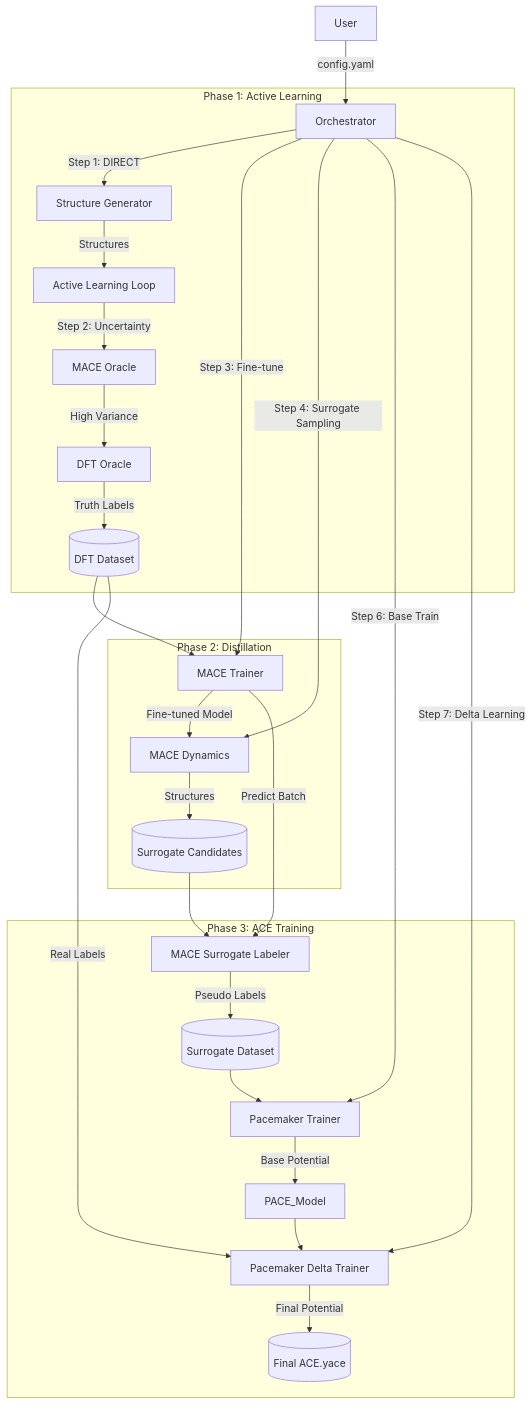
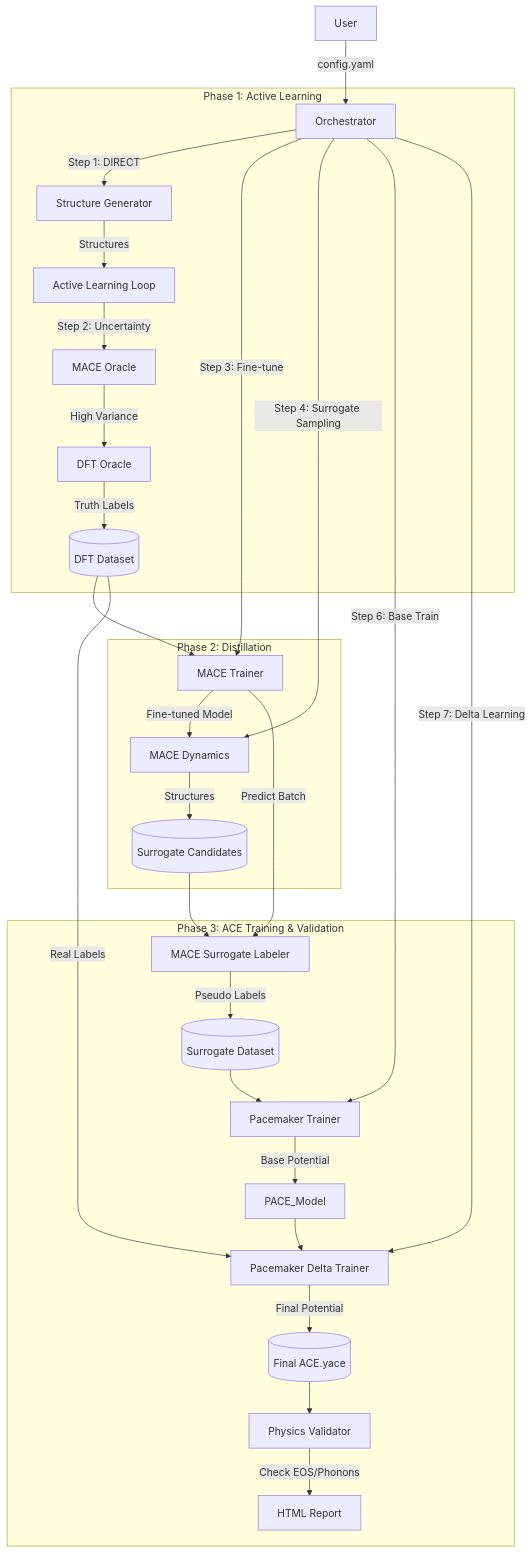
The diagram in README.md (tsuyama1990/mlip_pipeline), drawn with Mermaid before and after one commit. The commit also changed other lines of this file and 18 other files, not shown here.

First line of the commit message:
feat: Cycle 06 Physics Validation, Reporting and UAT

````diff
--- a/README.md
+++ b/README.md
@@ -33,35 +34,38 @@
 ```mermaid
 graph TD
     User[User] -->|config.yaml| Orch[Orchestrator]
 
     subgraph "Phase 1: Active Learning"
         Orch -->|Step 1: DIRECT| Gen[Structure Generator]
         Gen -->|Structures| AL[Active Learning Loop]
         AL -->|Step 2: Uncertainty| MACE_O[MACE Oracle]
         MACE_O -->|High Variance| DFT[DFT Oracle]
         DFT -->|Truth Labels| DB[(DFT Dataset)]
     end
 
     subgraph "Phase 2: Distillation"
         Orch -->|Step 3: Fine-tune| MACE_T[MACE Trainer]
         DB --> MACE_T
         MACE_T -->|Fine-tuned Model| MACE_MD[MACE Dynamics]
         Orch -->|Step 4: Surrogate Sampling| MACE_MD
         MACE_MD -->|Structures| S_Unlabeled[(Surrogate Candidates)]
     end
 
-    subgraph "Phase 3: ACE Training"
+    subgraph "Phase 3: ACE Training & Validation"
         S_Unlabeled --> Label[MACE Surrogate Labeler]
         MACE_T -->|Predict Batch| Label
         Label -->|Pseudo Labels| S_DB[(Surrogate Dataset)]
 
         Orch -->|Step 6: Base Train| PACE_T[Pacemaker Trainer]
         S_DB --> PACE_T
         PACE_T -->|Base Potential| PACE_Model
 
         Orch -->|Step 7: Delta Learning| PACE_T_Delta[Pacemaker Delta Trainer]
         DB -->|Real Labels| PACE_T_Delta
         PACE_Model --> PACE_T_Delta
         PACE_T_Delta -->|Final Potential| Final_ACE[(Final ACE.yace)]
+
+        Final_ACE --> Validator[Physics Validator]
+        Validator -->|Check EOS/Phonons| Report[HTML Report]
     end
 ```
````
